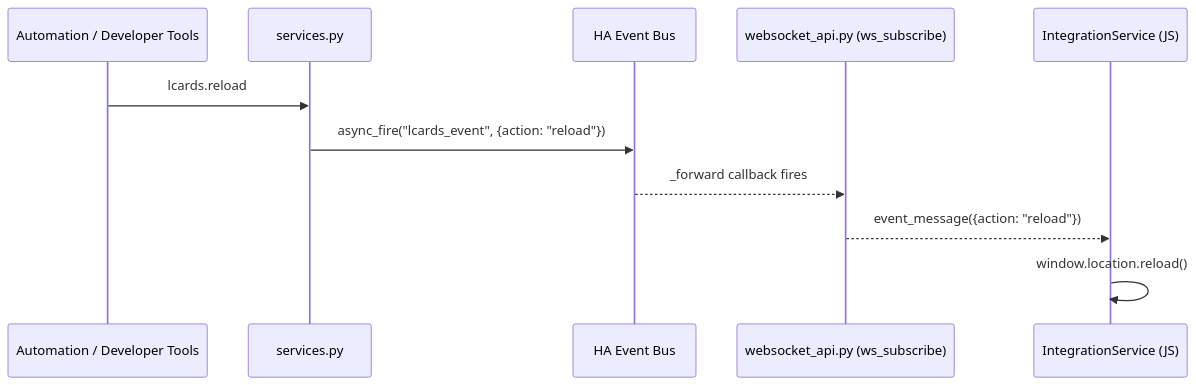
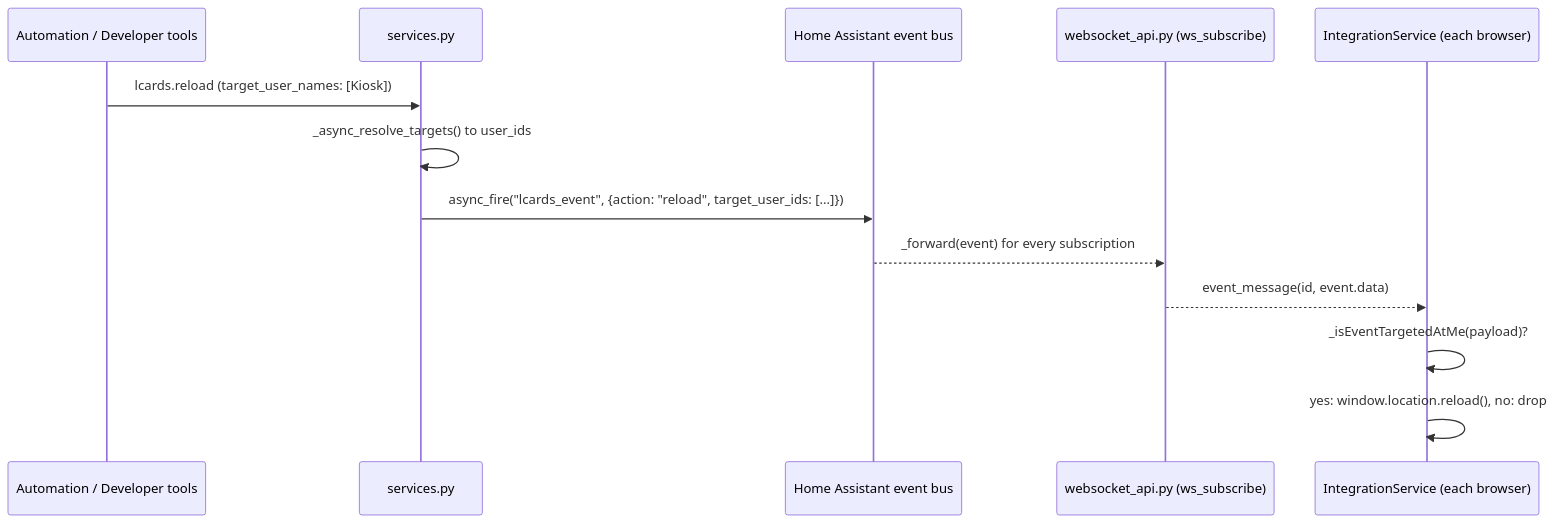
Before and after one commit to snootched/lcards: the fifth of 5 diagrams in doc/architecture/ha-integration.md, drawn with Mermaid. The commit also changed other lines of this file and 91 other files, not shown here.

````diff
--- a/doc/architecture/ha-integration.md
+++ b/doc/architecture/ha-integration.md
@@ -287,14 +433,16 @@
 ```mermaid
 sequenceDiagram
-    participant Auto as Automation / Developer Tools
+    participant Auto as Automation / Developer tools
     participant PY as services.py
-    participant Bus as HA Event Bus
+    participant Bus as Home Assistant event bus
     participant WS as websocket_api.py (ws_subscribe)
-    participant JS as IntegrationService (JS)
+    participant JS as IntegrationService (each browser)
 
-    Auto->>PY: lcards.reload
-    PY->>Bus: async_fire("lcards_event", {action: "reload"})
-    Bus-->>WS: _forward callback fires
-    WS-->>JS: event_message({action: "reload"})
-    JS->>JS: window.location.reload()
+    Auto->>PY: lcards.reload (target_user_names: [Kiosk])
+    PY->>PY: _async_resolve_targets() to user_ids
+    PY->>Bus: async_fire("lcards_event", {action: "reload", target_user_ids: [...]})
+    Bus-->>WS: _forward(event) for every subscription
+    WS-->>JS: event_message(id, event.data)
+    JS->>JS: _isEventTargetedAtMe(payload)?
+    JS->>JS: yes: window.location.reload(), no: drop
 ```
````
